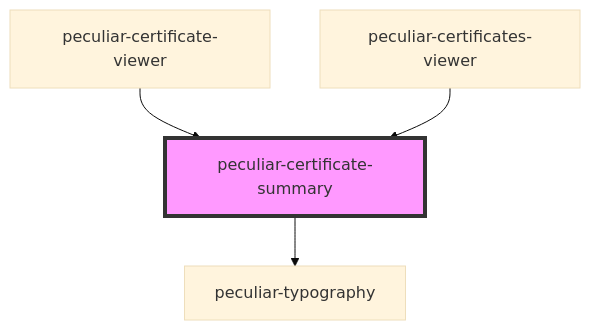
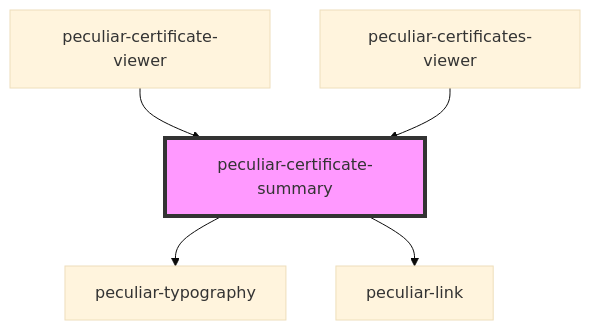
Before and after one commit to PeculiarVentures/pv-certificates-viewer: the diagram in src/components/certificate-summary/readme.md, drawn with Mermaid (base theme). The commit also changed other lines of this file and 14 other files, not shown here.

````diff
--- a/src/components/certificate-summary/readme.md
+++ b/src/components/certificate-summary/readme.md
@@ -30,7 +31,8 @@
 ```mermaid
 graph TD;
   peculiar-certificate-summary --> peculiar-typography
+  peculiar-certificate-summary --> peculiar-link
   peculiar-certificate-viewer --> peculiar-certificate-summary
   peculiar-certificates-viewer --> peculiar-certificate-summary
   style peculiar-certificate-summary fill:#f9f,stroke:#333,stroke-width:4px
 ```
````
